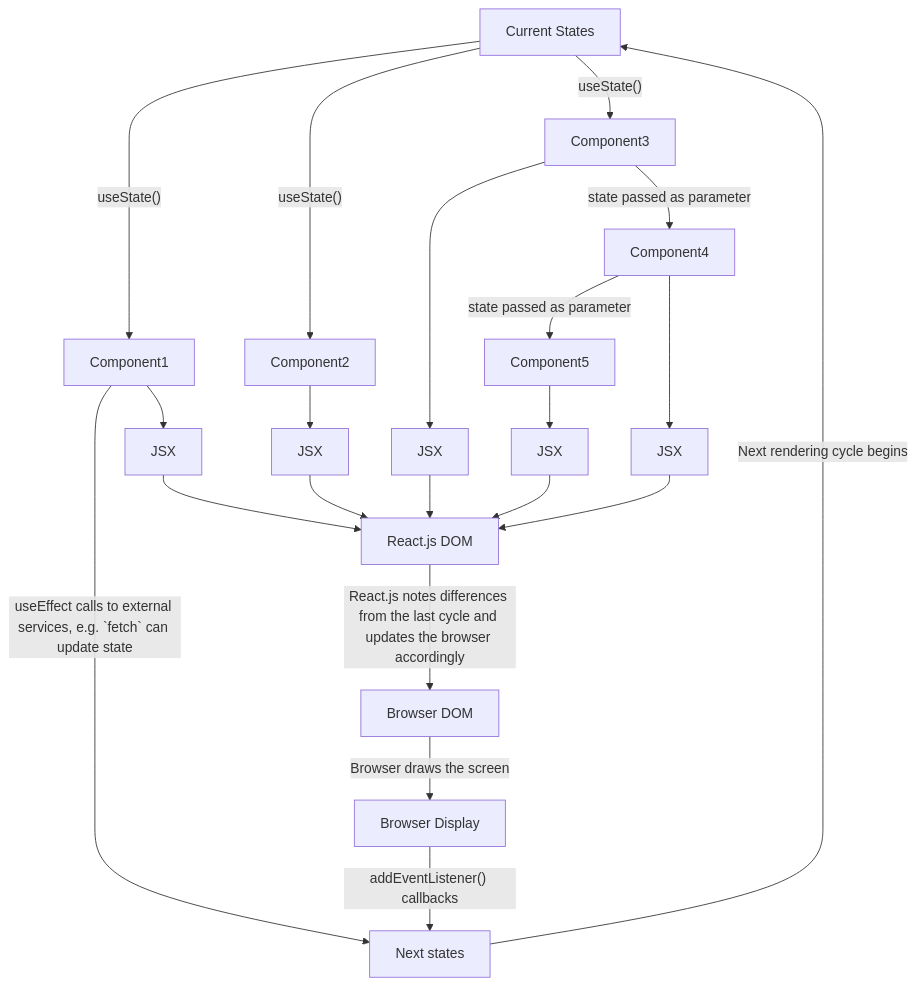
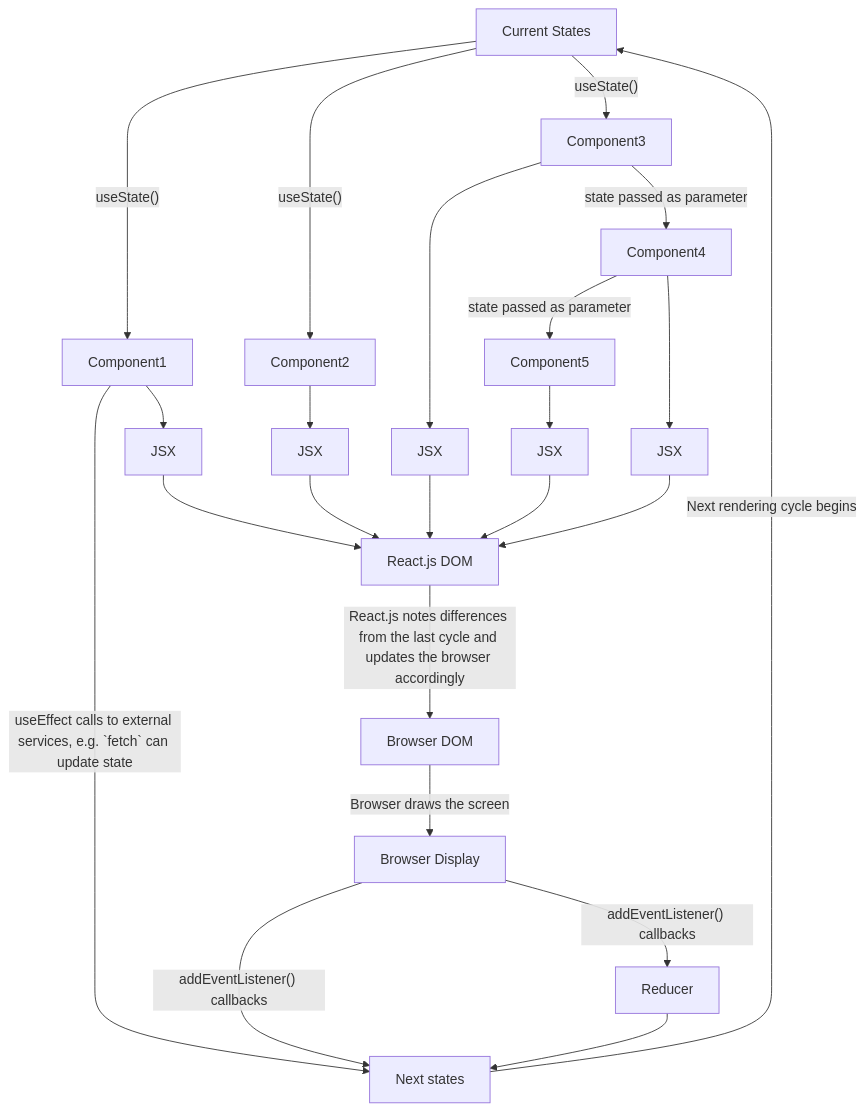
One commit to Billy-Spearman-WCCI/RaceCarExtension changed the second of 5 diagrams in README.md. Above: the diagram before and after it, drawn with Mermaid. The commit also changed other lines of this file, not shown here.

````diff
--- a/README.md
+++ b/README.md
@@ -563,23 +585,25 @@
     ```mermaid
     graph TB;
     state-->|"useState()"|Component[Component1]
     state-->|"useState()"|Component2
     state-->|"useState()"|Component3
     Component2-->JSX2[JSX]
     JSX2-->ReactDOM
     Component3-->JSX3[JSX]
     JSX3-->ReactDOM
     Component4-->|state passed as parameter|Component5
     Component3-->|state passed as parameter|Component4
     Component4-->JSX4[JSX]
     Component5-->JSX5[JSX]
     JSX4-->ReactDOM
     JSX5-->ReactDOM
     Component-->|"useEffect" calls to external services, e.g. `fetch` can update state|nextState
     Component-->JSX
     JSX-->ReactDOM[React.js DOM]
     ReactDOM-->|React.js notes differences from the last cycle and updates the browser accordingly|BrowserDOM[Browser DOM]
     BrowserDOM-->|Browser draws the screen|Display[Browser Display]
     Display-->|"addEventListener() callbacks"|nextState
     nextState[Next states]-->|Next rendering cycle begins|state[Current States]
+    Display-->|"addEventListener() callbacks"|Reducer 
+    Reducer-->nextState
     ``` 
````
